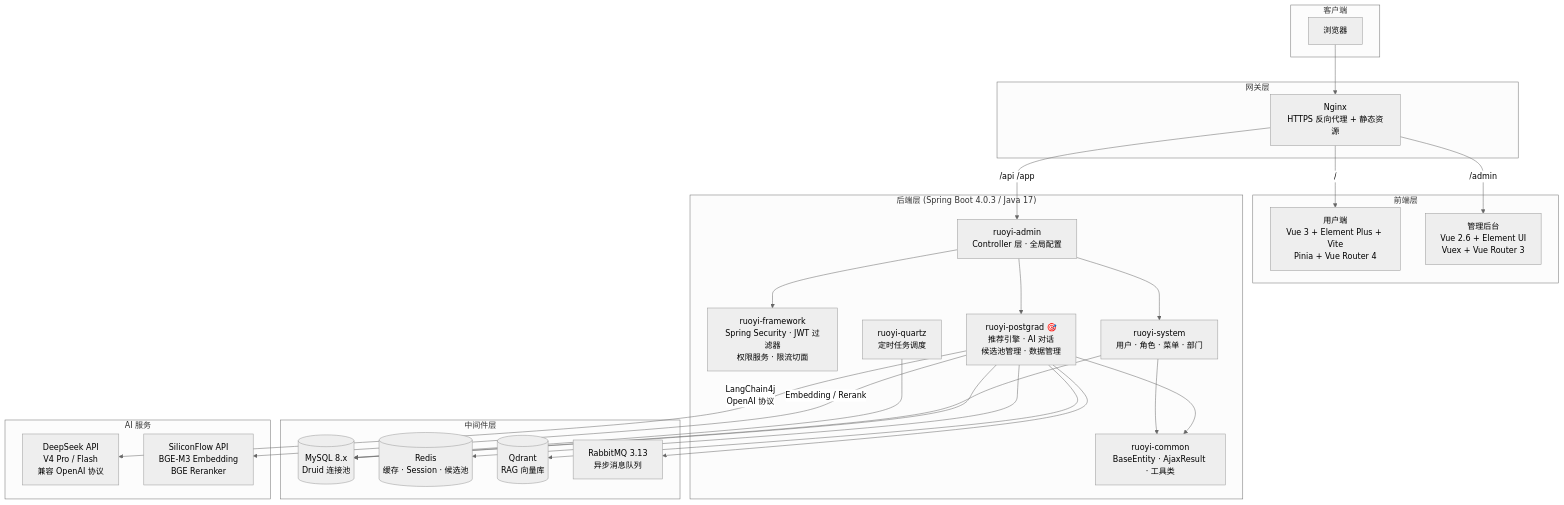
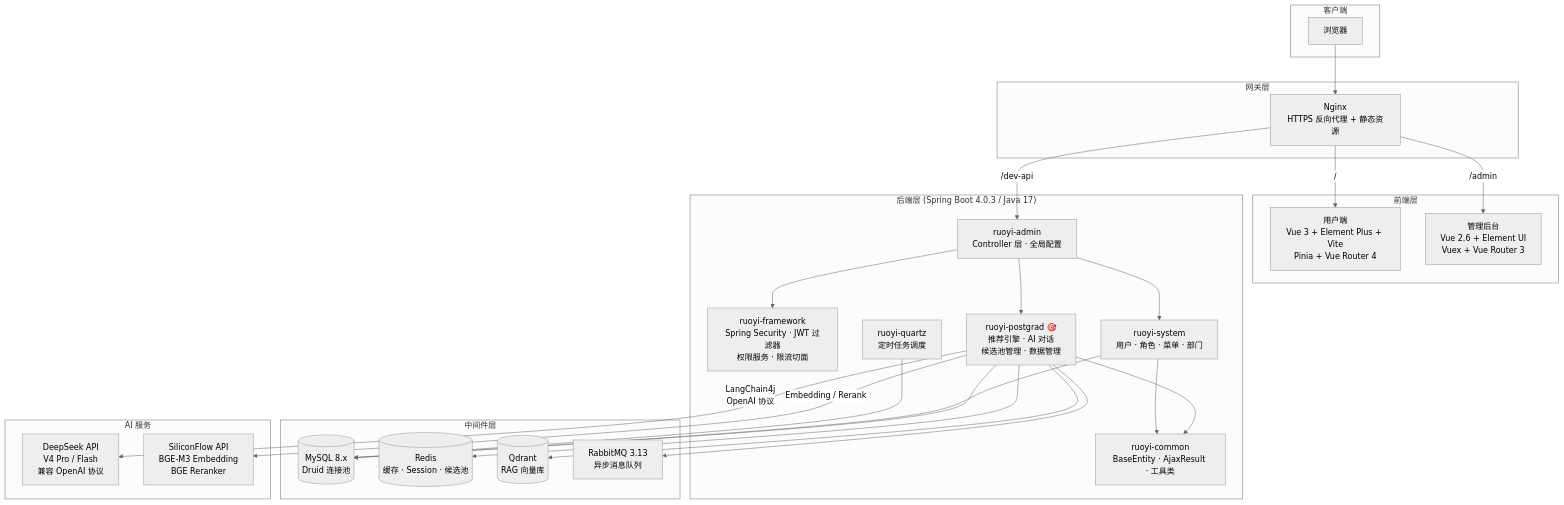
Before and after one commit to DYH414/postgrad_selector: the first of 3 diagrams in README.md, drawn with Mermaid (neutral theme). The commit also changed other lines of this file and 38 other files, not shown here.

````diff
--- a/README.md
+++ b/README.md
@@ -45,54 +45,54 @@
 ```mermaid
 graph TB
     subgraph 客户端["客户端"]
         Browser["浏览器"]
     end
 
     subgraph 网关["网关层"]
         Nginx["Nginx<br/>HTTPS 反向代理 + 静态资源"]
     end
 
     subgraph 前端["前端层"]
         UserUI["用户端<br/>Vue 3 + Element Plus + Vite<br/>Pinia + Vue Router 4"]
         AdminUI["管理后台<br/>Vue 2.6 + Element UI<br/>Vuex + Vue Router 3"]
     end
 
     subgraph 后端["后端层 (Spring Boot 4.0.3 / Java 17)"]
         AdminModule["ruoyi-admin<br/>Controller 层 · 全局配置"]
         Framework["ruoyi-framework<br/>Spring Security · JWT 过滤器<br/>权限服务 · 限流切面"]
         Postgrad["ruoyi-postgrad 🎯<br/>推荐引擎 · AI 对话<br/>候选池管理 · 数据管理"]
         SystemModule["ruoyi-system<br/>用户 · 角色 · 菜单 · 部门"]
         Common["ruoyi-common<br/>BaseEntity · AjaxResult · 工具类"]
         Quartz["ruoyi-quartz<br/>定时任务调度"]
     end
 
     subgraph 中间件["中间件层"]
         MySQL[("MySQL 8.x<br/>Druid 连接池")]
         Redis[("Redis<br/>缓存 · Session · 候选池")]
         Qdrant[("Qdrant<br/>RAG 向量库")]
         RabbitMQ["RabbitMQ 3.13<br/>异步消息队列"]
     end
 
     subgraph AI["AI 服务"]
         DeepSeek["DeepSeek API<br/>V4 Pro / Flash<br/>兼容 OpenAI 协议"]
         SiliconFlow["SiliconFlow API<br/>BGE-M3 Embedding<br/>BGE Reranker"]
     end
 
     Browser --> Nginx
     Nginx -->|"/"| UserUI
     Nginx -->|"/admin"| AdminUI
-    Nginx -->|"/api /app"| AdminModule
+    Nginx -->|"/dev-api"| AdminModule
     AdminModule --> Framework
     AdminModule --> Postgrad
     AdminModule --> SystemModule
     Postgrad --> Common
     SystemModule --> Common
     Postgrad --> MySQL
     Postgrad --> Redis
     Postgrad --> Qdrant
     Postgrad --> RabbitMQ
     Postgrad -->|"LangChain4j<br/>OpenAI 协议"| DeepSeek
     Postgrad -->|"Embedding / Rerank"| SiliconFlow
     SystemModule --> MySQL
     Quartz --> MySQL
 ```
````
